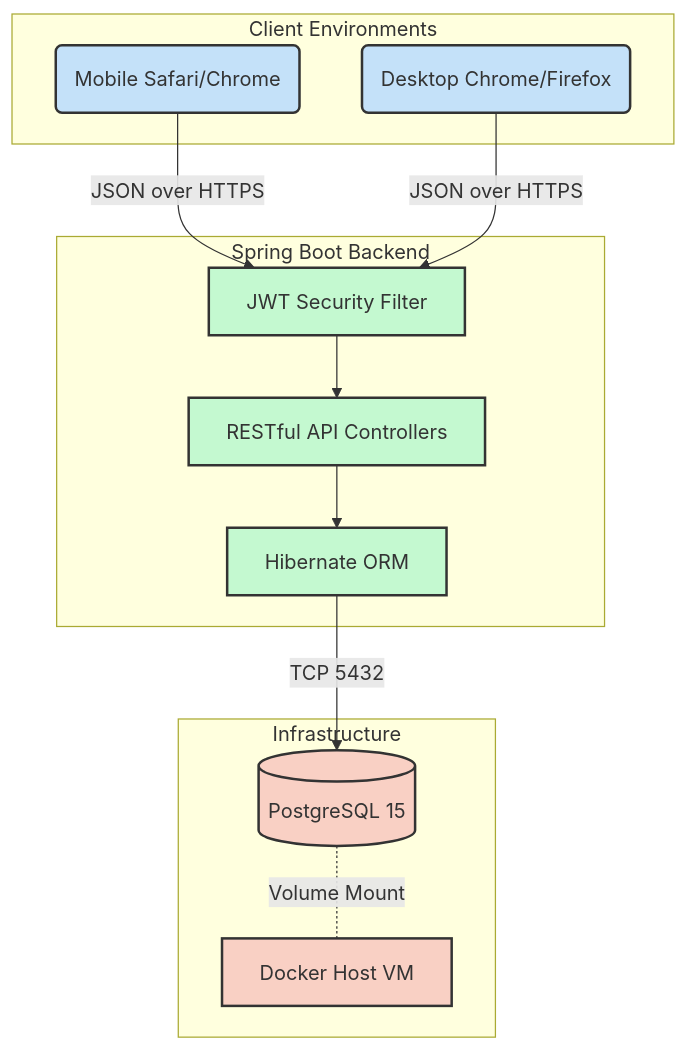
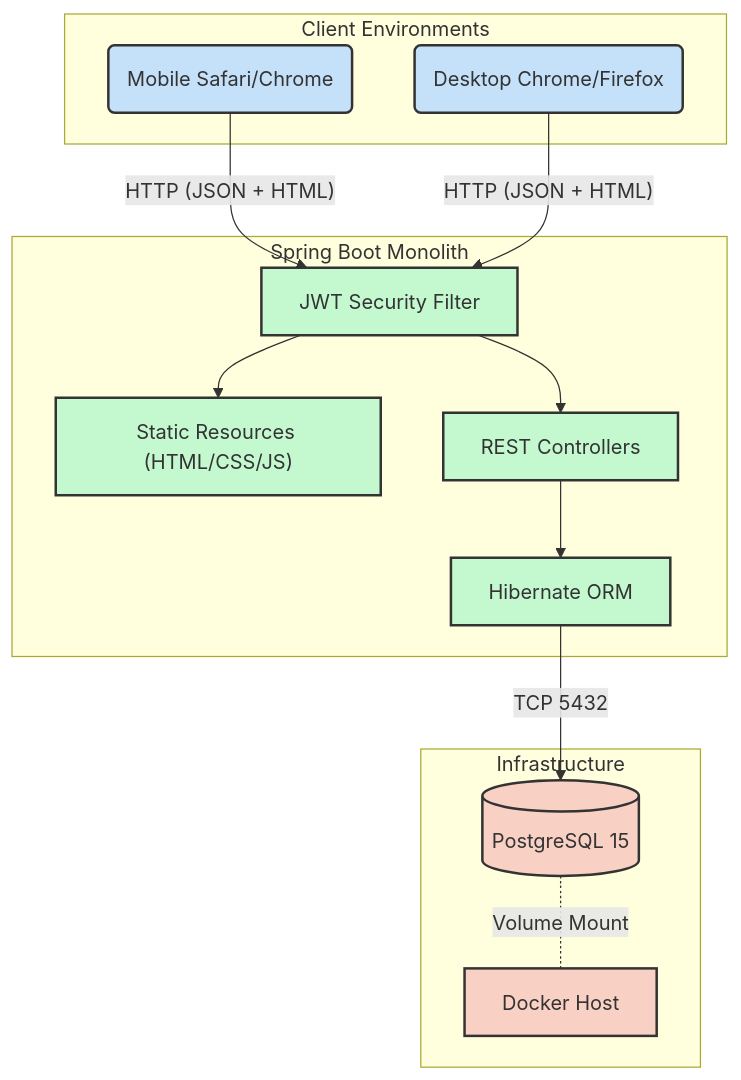
The diagram in Docs/Workflow.md (IMENO07/souplesse-pilate), drawn with Mermaid before and after one commit. The commit also changed other lines of this file and 5 other files, not shown here.

First line of the commit message:
docs: fully rewrite all specification documents to reflect current monolithic architecture

````diff
--- a/Docs/Workflow.md
+++ b/Docs/Workflow.md
@@ -17,31 +13,33 @@
 ```mermaid
 graph TD
     classDef infra fill:#f9d0c4,stroke:#333,stroke-width:2px;
     classDef client fill:#c4e1f9,stroke:#333,stroke-width:2px;
     classDef backend fill:#c4f9d0,stroke:#333,stroke-width:2px;
     
     subgraph Infrastructure
-        Docker["Docker Host VM"]:::infra
+        Docker["Docker Host"]:::infra
         Postgres[("PostgreSQL 15")]:::infra
     end
     
-    subgraph Spring Boot Backend
+    subgraph Spring Boot Monolith
+        Static["Static Resources (HTML/CSS/JS)"]:::backend
         JPA["Hibernate ORM"]:::backend
-        API["RESTful API Controllers"]:::backend
+        API["REST Controllers"]:::backend
         Auth["JWT Security Filter"]:::backend
     end
     
     subgraph Client Environments
         MobileBrowser("Mobile Safari/Chrome"):::client
         DesktopWeb("Desktop Chrome/Firefox"):::client
     end
     
-    MobileBrowser -- "JSON over HTTPS" --> Auth
-    DesktopWeb -- "JSON over HTTPS" --> Auth
+    MobileBrowser -- "HTTP (JSON + HTML)" --> Auth
+    DesktopWeb -- "HTTP (JSON + HTML)" --> Auth
     
+    Auth --> Static
     Auth --> API
     API --> JPA
     JPA -- "TCP 5432" --> Postgres
     
     Postgres -. "Volume Mount" .- Docker
 ```
````
